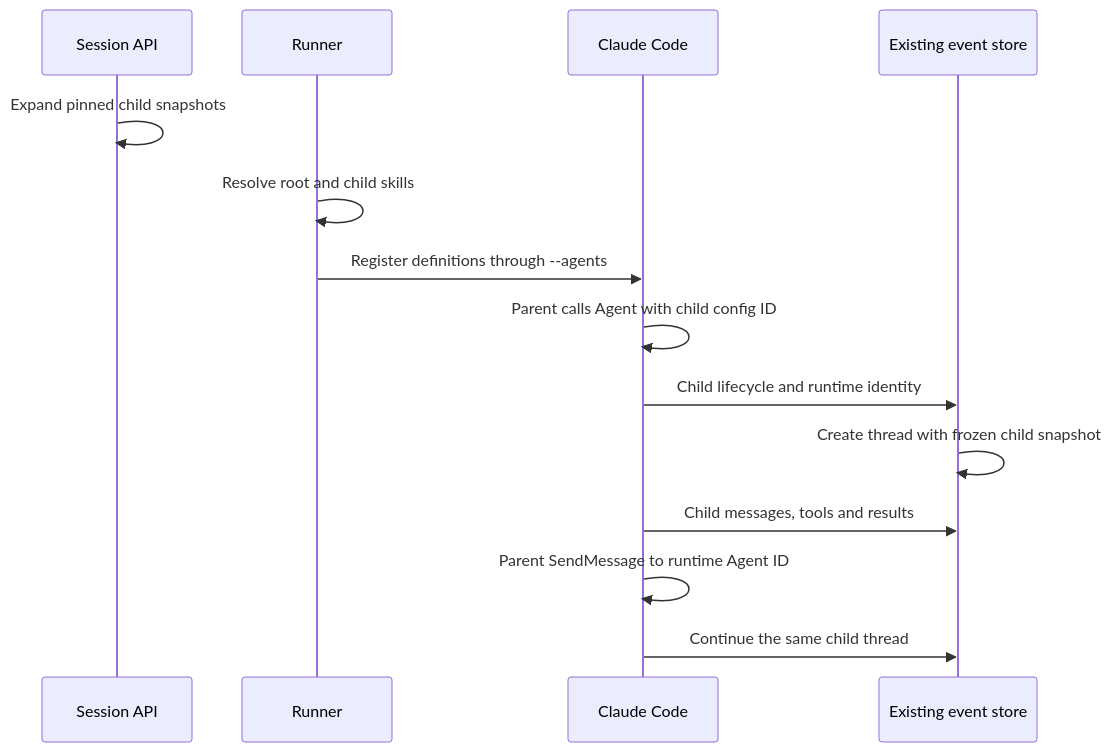
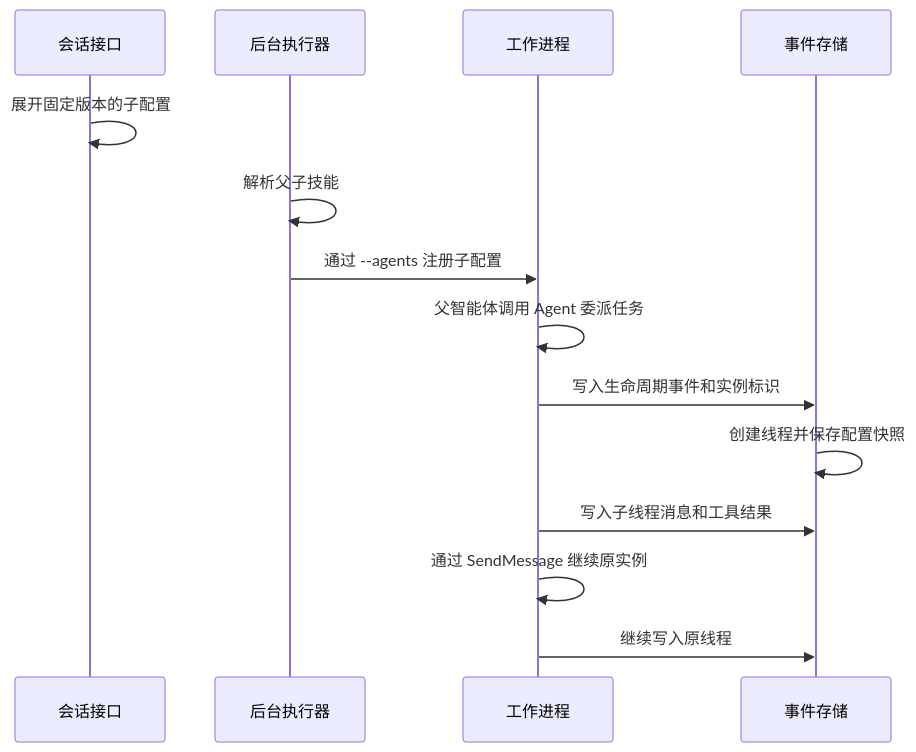
One commit to superduck-ai/open-managed-agents changed the diagram in docs/design/be/subagent-delegation.md. Above: the diagram before and after it, drawn with Mermaid. The commit also changed other lines of this file and 5 other files, not shown here.

````diff
--- a/docs/design/be/subagent-delegation.md
+++ b/docs/design/be/subagent-delegation.md
@@ -28,16 +69,16 @@
 ```mermaid
 sequenceDiagram
-    participant API as Session API
-    participant Runner
-    participant Worker as Claude Code
-    participant Events as Existing event store
-    API->>API: Expand pinned child snapshots
-    Runner->>Runner: Resolve root and child skills
-    Runner->>Worker: Register definitions through --agents
-    Worker->>Worker: Parent calls Agent with child config ID
-    Worker->>Events: Child lifecycle and runtime identity
-    Events->>Events: Create thread with frozen child snapshot
-    Worker->>Events: Child messages, tools and results
-    Worker->>Worker: Parent SendMessage to runtime Agent ID
-    Worker->>Events: Continue the same child thread
+    participant API as 会话接口
+    participant Runner as 后台执行器
+    participant Worker as 工作进程
+    participant Events as 事件存储
+    API->>API: 展开固定版本的子配置
+    Runner->>Runner: 解析父子技能
+    Runner->>Worker: 通过 --agents 注册子配置
+    Worker->>Worker: 父智能体调用 Agent 委派任务
+    Worker->>Events: 写入生命周期事件和实例标识
+    Events->>Events: 创建线程并保存配置快照
+    Worker->>Events: 写入子线程消息和工具结果
+    Worker->>Worker: 通过 SendMessage 继续原实例
+    Worker->>Events: 继续写入原线程
 ```
````
